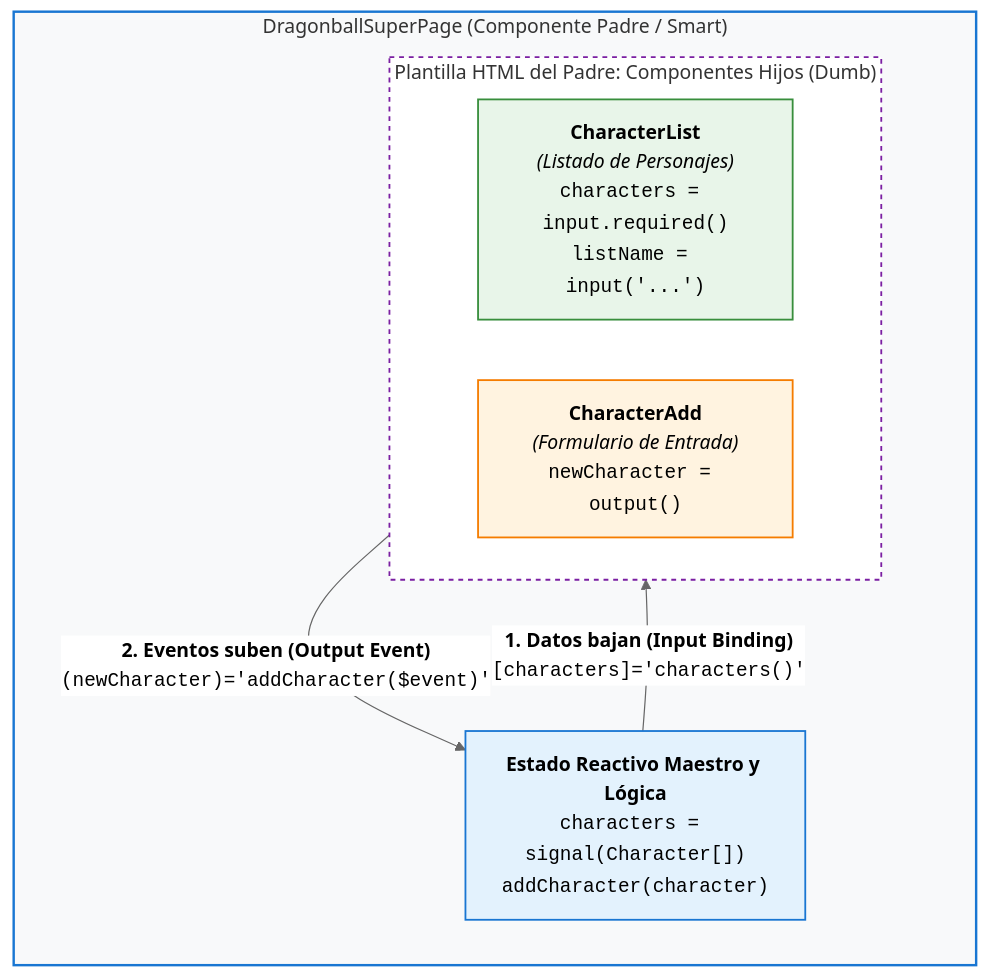
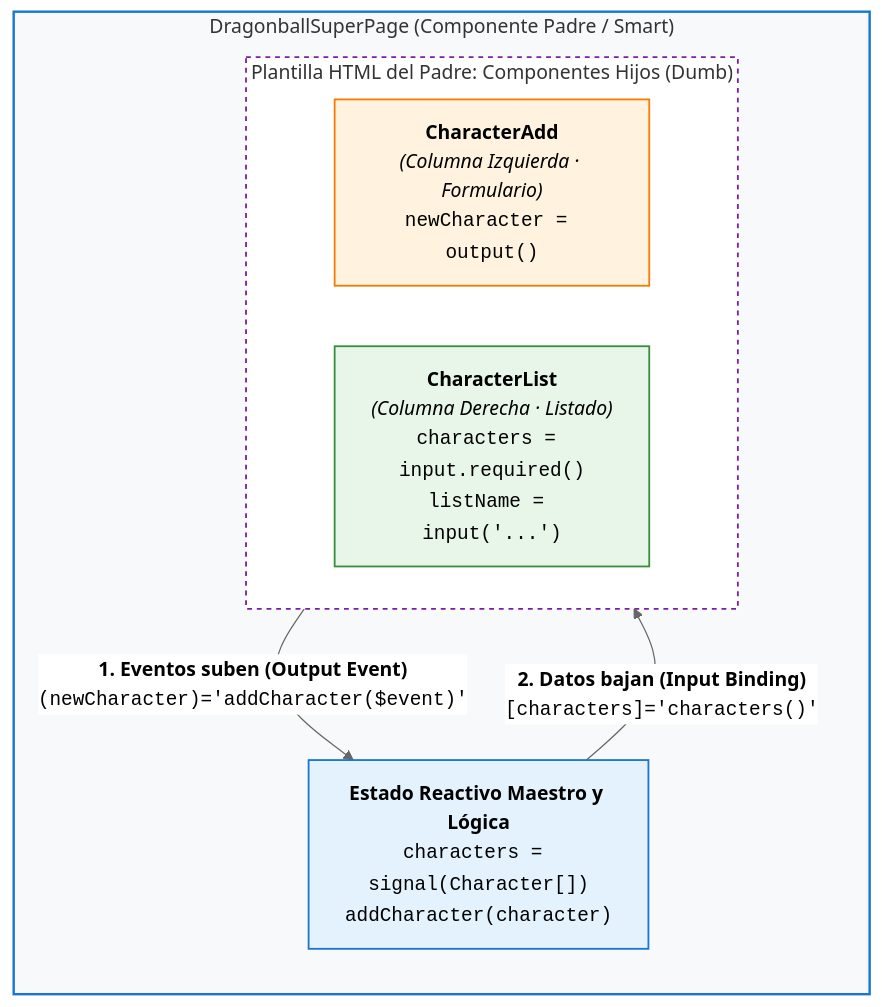
Before and after one commit to Jose-Quesada/materiales_angular: the second of 6 diagrams in docs/05-expandir-bases.md, drawn with Mermaid (neutral theme). The commit also changed 2 other files, not shown here.

Commit message:
grafico input output actualizado

````diff
--- a/docs/05-expandir-bases.md
+++ b/docs/05-expandir-bases.md
@@ -888,23 +888,23 @@
 ```mermaid
 flowchart TD
     subgraph Padre ["DragonballSuperPage (Componente Padre / Smart)"]
         direction TB
         Estado["<b>Estado Reactivo Maestro y Lógica</b><br/><code>characters = signal(Character[])</code><br/><code>addCharacter(character)</code>"]
 
         subgraph Hijos ["Plantilla HTML del Padre: Componentes Hijos (Dumb)"]
             direction LR
-            Lista["<b>CharacterList</b><br/><i>(Listado de Personajes)</i><br/><code>characters = input.required()</code><br/><code>listName = input('...')</code>"]
-            Add["<b>CharacterAdd</b><br/><i>(Formulario de Entrada)</i><br/><code>newCharacter = output()</code>"]
+            Add["<b>CharacterAdd</b><br/><i>(Columna Izquierda · Formulario)</i><br/><code>newCharacter = output()</code>"]
+            Lista["<b>CharacterList</b><br/><i>(Columna Derecha · Listado)</i><br/><code>characters = input.required()</code><br/><code>listName = input('...')</code>"]
         end
 
-        Estado -->|"<b>1. Datos bajan (Input Binding)</b><br/><code>[characters]='characters()'</code>"| Lista
         Estado ~~~ Add
-        Add -->|"<b>2. Eventos suben (Output Event)</b><br/><code>(newCharacter)='addCharacter($event)'</code>"| Estado
+        Add -->|"<b>1. Eventos suben (Output Event)</b><br/><code>(newCharacter)='addCharacter($event)'</code>"| Estado
+        Estado -->|"<b>2. Datos bajan (Input Binding)</b><br/><code>[characters]='characters()'</code>"| Lista
     end
 
     style Padre fill:#f8f9fa,stroke:#1976d2,stroke-width:2px
     style Estado fill:#e3f2fd,stroke:#1976d2,stroke-width:1.5px
     style Hijos fill:#ffffff,stroke:#7b1fa2,stroke-width:1.5px,stroke-dasharray: 4 4
+    style Add fill:#fff3e0,stroke:#f57c00,stroke-width:1.5px
     style Lista fill:#e8f5e9,stroke:#388e3c,stroke-width:1.5px
-    style Add fill:#fff3e0,stroke:#f57c00,stroke-width:1.5px
 ```
````
